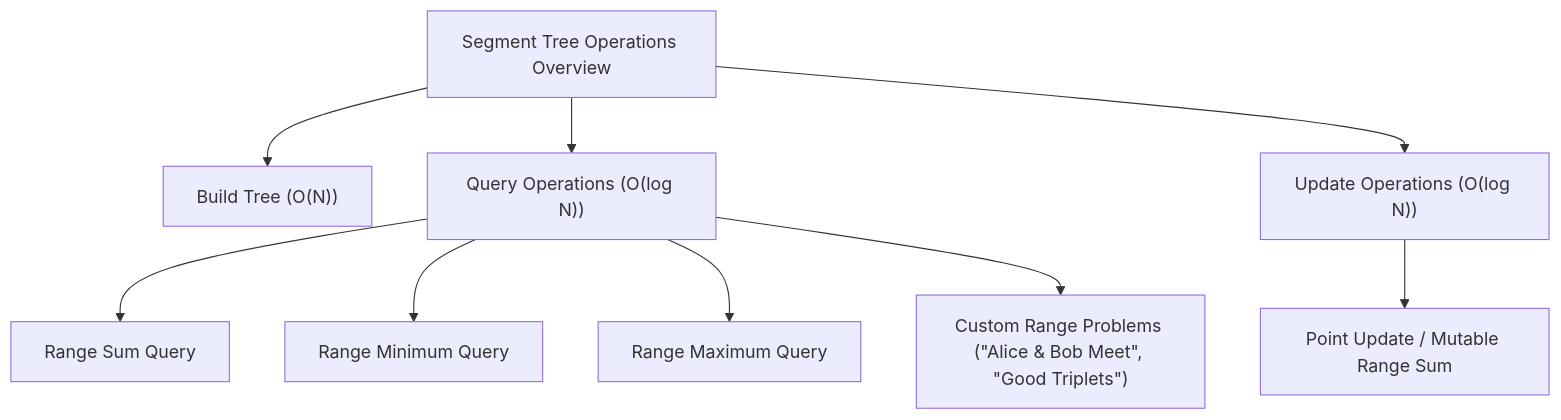
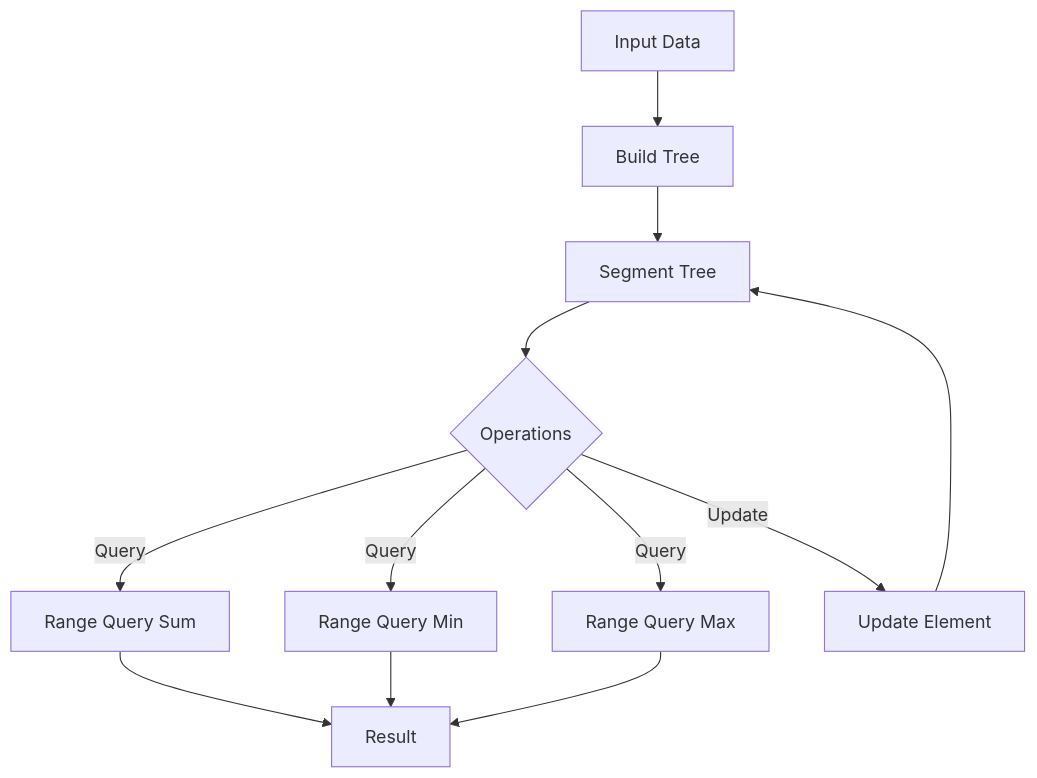
Before and after one commit to grewal16/leetcode: the diagram in README.md, drawn with Mermaid. The commit also changed other lines of this file, not shown here.

````diff
--- a/README.md
+++ b/README.md
@@ -26,18 +25,14 @@
 ```mermaid
 graph TD
-    A["Segment Tree Operations Overview"]
-    B["Build Tree (O(N))"]
-    C["Query Operations (O(log N))"]
-    D["Update Operations (O(log N))"]
-
-    A --> B
-    A --> C
-    A --> D
-
-    C --> C1["Range Sum Query"]
-    C --> C2["Range Minimum Query"]
-    C --> C3["Range Maximum Query"]
-    C --> C4["Custom Range Problems (#quot;Alice & Bob Meet#quot;, #quot;Good Triplets#quot;)"]
-
-    D --> D1["Point Update / Mutable Range Sum"]
+    A["Input Data"] --> B["Build Tree"]
+    B --> C["Segment Tree"]
+    C --> D{"Operations"}
+    D -- "Query" --> E["Range Query Sum"]
+    D -- "Query" --> F["Range Query Min"]
+    D -- "Query" --> G["Range Query Max"]
+    D -- "Update" --> H["Update Element"]
+    E --> I["Result"]
+    F --> I
+    G --> I
+    H --> C
 ```
````
